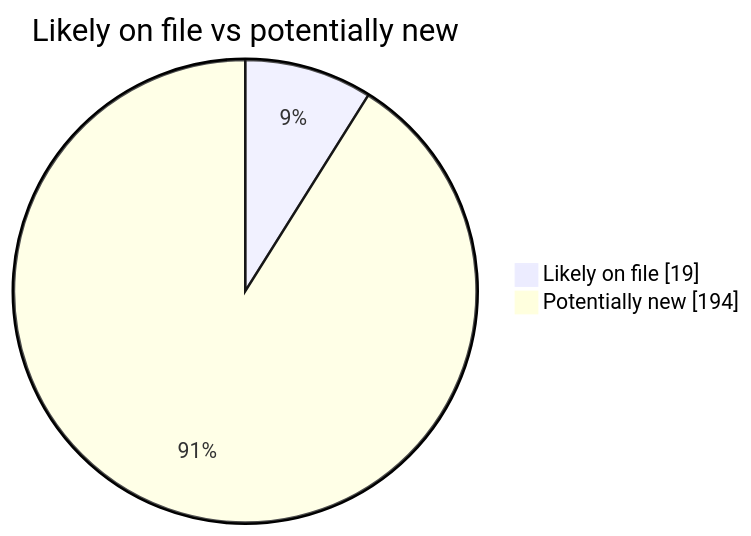
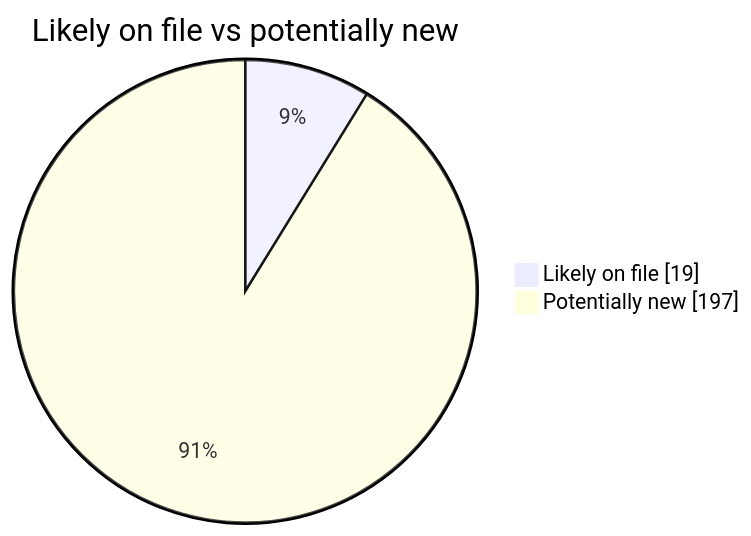
The second of 4 diagrams in README.md (martinbalfanz/social-scanner-reports), drawn with Mermaid before and after one commit. The commit also changed other lines of this file and 2 other files, not shown here.

````diff
--- a/README.md
+++ b/README.md
@@ -40,5 +40,5 @@
 ```mermaid
 pie showData title Likely on file vs potentially new
     "Likely on file" : 19
-    "Potentially new" : 194
+    "Potentially new" : 197
 ```
````
